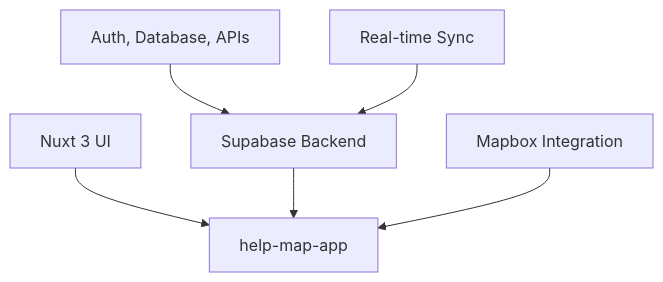
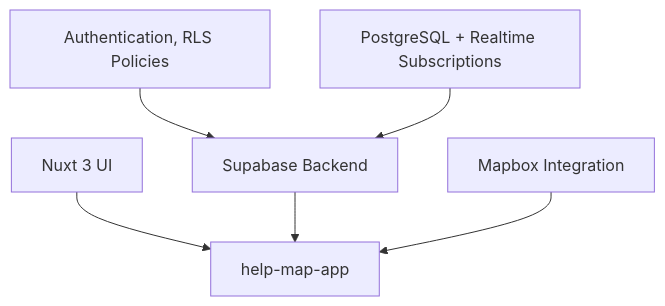
One commit to codefornorway/.github changed the diagram in profile/README.md. Above: the diagram before and after it, drawn with Mermaid. The commit also changed other lines of this file, not shown here.

````diff
--- a/profile/README.md
+++ b/profile/README.md
@@ -62,9 +52,9 @@
 ```mermaid
 graph TD;
     A[help-map-app]
     B[Nuxt 3 UI] --> A
     C[Supabase Backend] --> A
     D[Mapbox Integration] --> A
-    E[Auth, Database, APIs] --> C
-    F[Real-time Sync] --> C
+    E[Authentication, RLS Policies] --> C
+    F[PostgreSQL + Realtime Subscriptions] --> C
 ```
````
